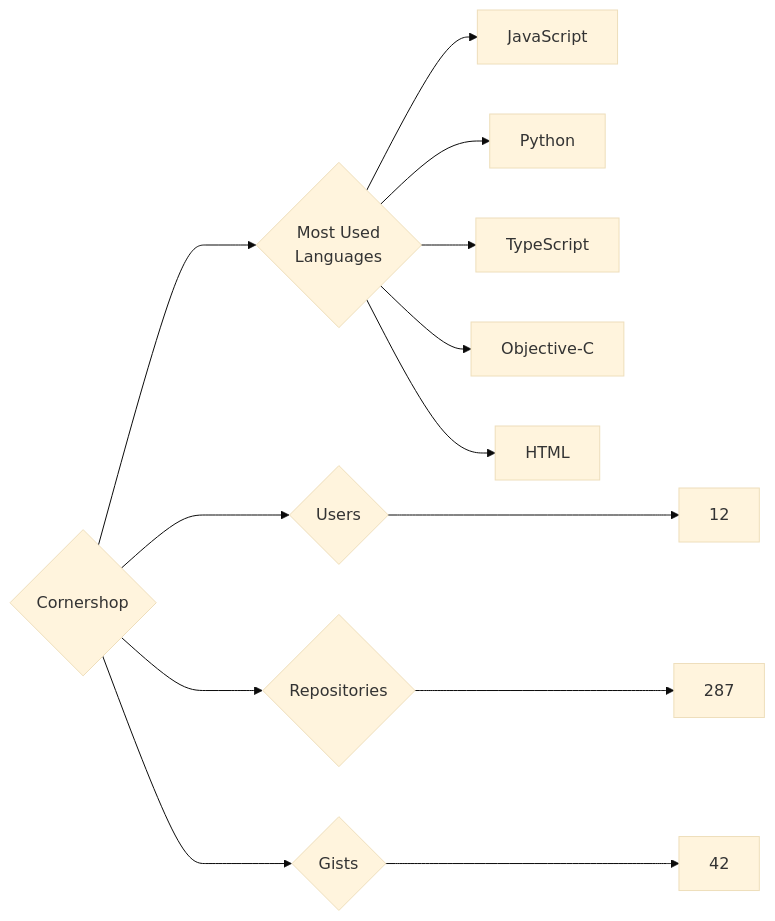
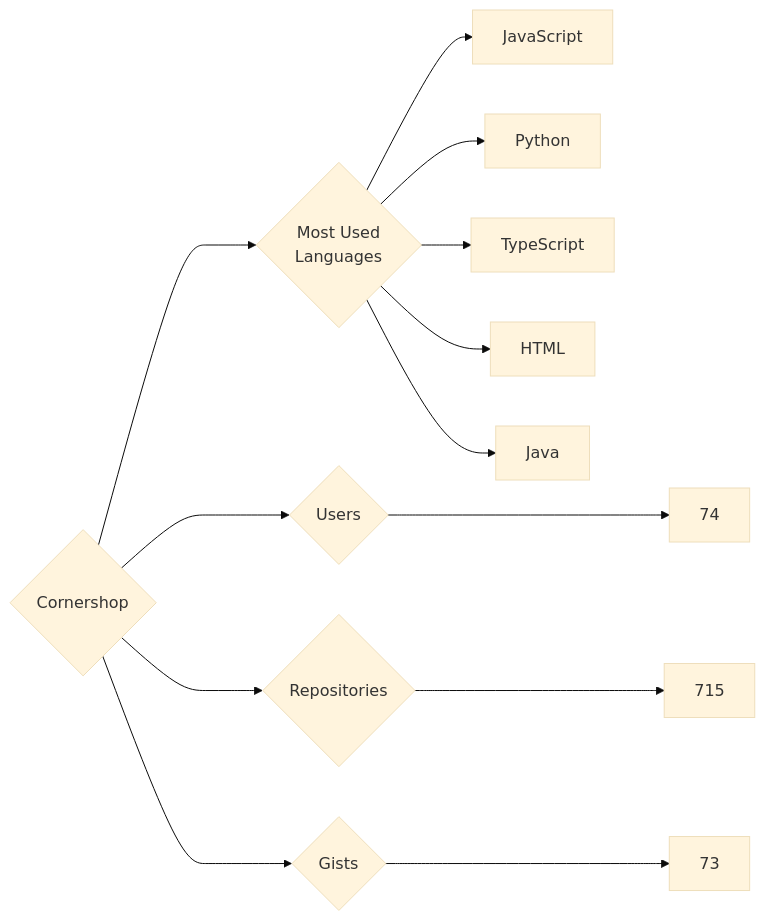
One commit to trickest/insiders changed the diagram in targets/Cornershop/README.md. Above: the diagram before and after it, drawn with Mermaid (base theme). The commit also changed 633 other files, not shown here.

````diff
--- a/targets/Cornershop/README.md
+++ b/targets/Cornershop/README.md
@@ -3,13 +3,13 @@
 ```mermaid
 graph LR
 COMPANY_NAME{Cornershop}
-COMPANY_NAME ---> U{Users} ---> UN[12]
-COMPANY_NAME ---> R{Repositories} ---> RN[287]
-COMPANY_NAME ---> G{Gists} ---> GN[42]
+COMPANY_NAME ---> U{Users} ---> UN[74]
+COMPANY_NAME ---> R{Repositories} ---> RN[715]
+COMPANY_NAME ---> G{Gists} ---> GN[73]
 COMPANY_NAME ---> ML{Most Used<br>Languages}
 ML --> JavaScript[JavaScript]
 ML --> Python[Python]
 ML --> TypeScript[TypeScript]
-ML --> Objective-C[Objective-C]
 ML --> HTML[HTML]
+ML --> Java[Java]
 ```
````
